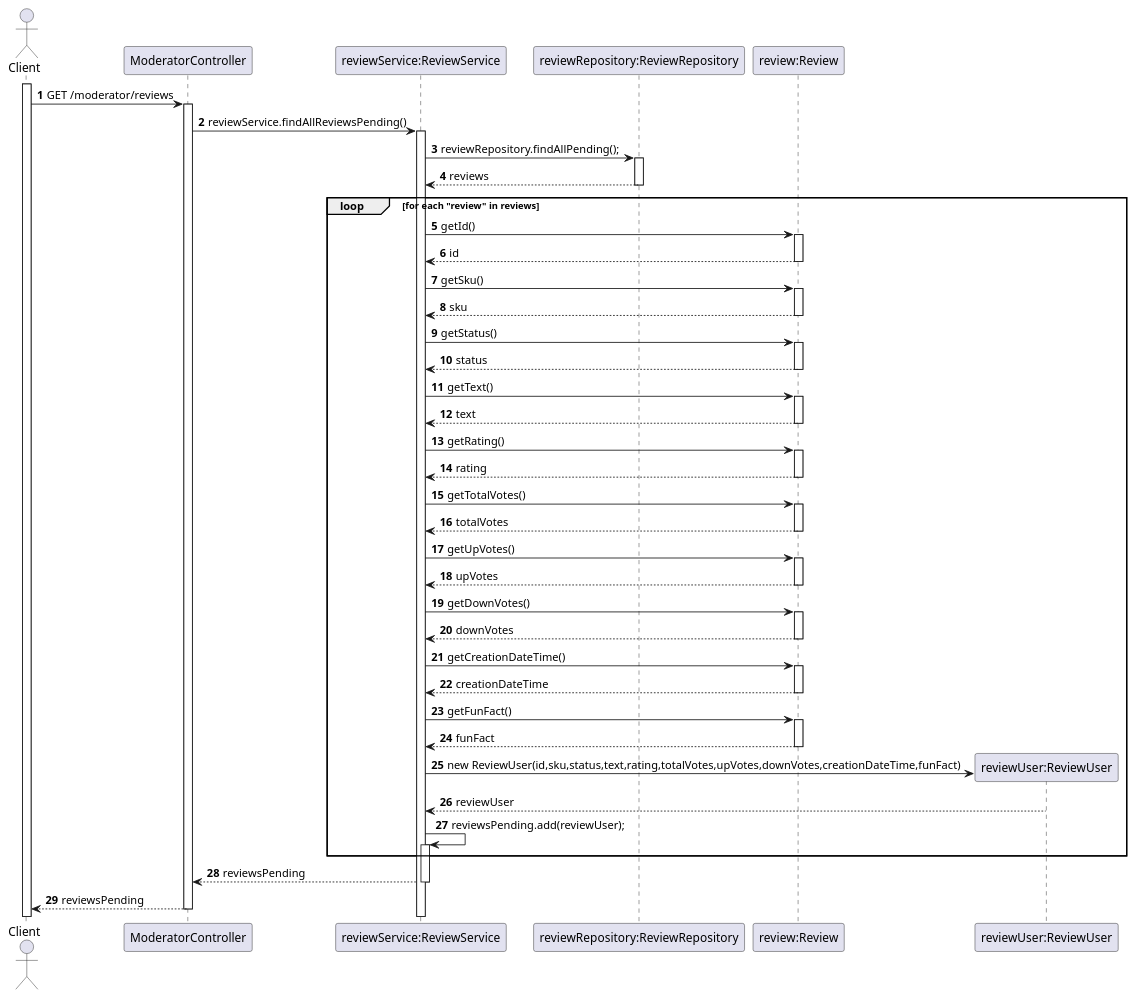
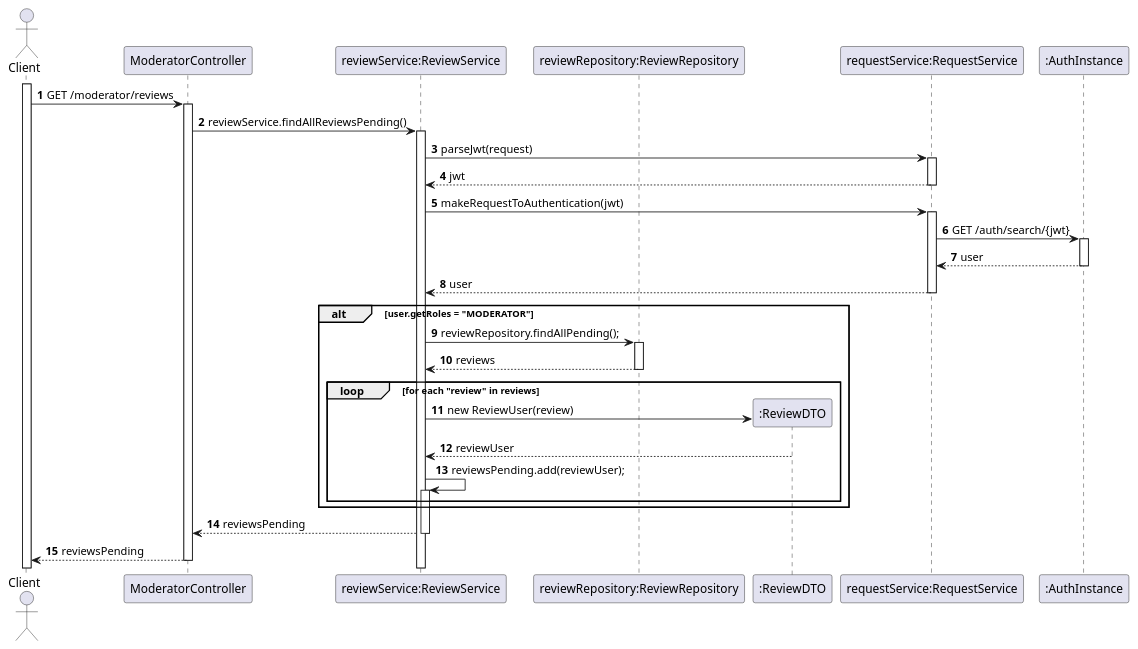
Before and after one commit to TiagoNora/SIDIS-Docs: the diagram in Docs/US09-SD.puml, drawn with PlantUML.

Commit message:
Alterar US09

```diff
--- a/Docs/US09-SD.puml
+++ b/Docs/US09-SD.puml
@@ -1,49 +1,38 @@
 @startuml
 'https://plantuml.com/sequence-diagram
 
 
 autoactivate on
 autonumber
 
 actor "Client" as client
 participant "ModeratorController" as controller
 participant "reviewService:ReviewService" as service
 participant "reviewRepository:ReviewRepository" as repository
-participant "review:Review" as review
-participant "reviewUser:ReviewUser" as reviewUser
+participant ":ReviewDTO" as reviewUser
+participant "requestService:RequestService" as request
+participant ":AuthInstance" as instanceAuth
 
 activate client
 
 client -> controller: GET /moderator/reviews
 controller -> service : reviewService.findAllReviewsPending()
+service -> request : parseJwt(request)
+request --> service: jwt
+service -> request: makeRequestToAuthentication(jwt)
+request -> instanceAuth: GET /auth/search/{jwt}
+instanceAuth --> request: user
+request --> service: user
+alt user.getRoles = "MODERATOR"
 service -> repository: reviewRepository.findAllPending();
 repository --> service: reviews
 loop for each "review" in reviews
-    service -> review: getId()
-    review --> service: id
-    service -> review: getSku()
-    review --> service: sku
-    service -> review: getStatus()
-    review --> service: status
-    service -> review: getText()
-    review --> service: text
-    service -> review: getRating()
-    review --> service: rating
-    service -> review: getTotalVotes()
-    review --> service: totalVotes
-    service -> review: getUpVotes()
-    review --> service: upVotes
-    service -> review: getDownVotes()
-    review --> service: downVotes
-    service -> review: getCreationDateTime()
-    review --> service: creationDateTime
-    service -> review: getFunFact()
-    review --> service: funFact
-    service -> reviewUser**: new ReviewUser(id,sku,status,text,rating,totalVotes,upVotes,downVotes,creationDateTime,funFact)
+    service -> reviewUser**: new ReviewUser(review)
     reviewUser --> service: reviewUser
     service -> service: reviewsPending.add(reviewUser);
 end loop
+end
 service --> controller: reviewsPending
 controller --> client: reviewsPending
 
 @enduml
```
